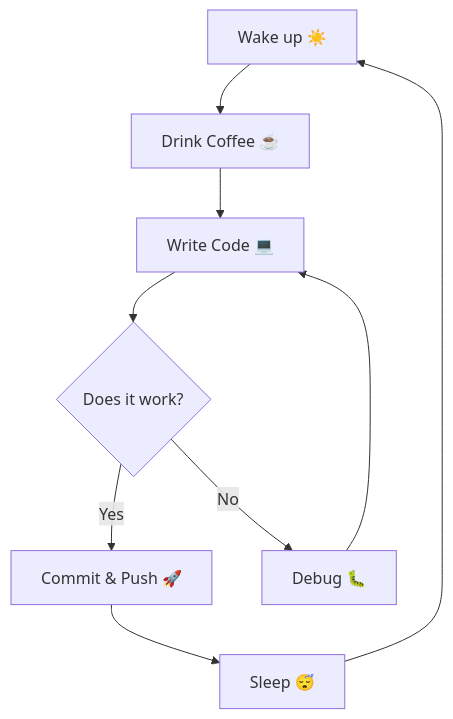
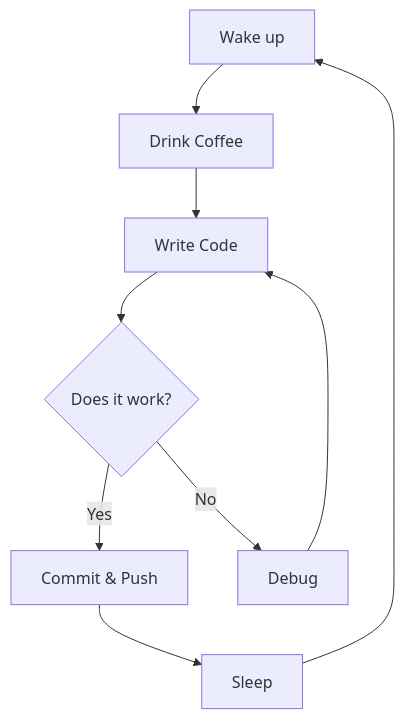
Before and after one commit to Lavialle/Lavialle: the diagram in README.md, drawn with Mermaid.

Commit message:
Fix mermaid syntax in README flowchart

````diff
--- a/README.md
+++ b/README.md
@@ -10,11 +10,11 @@
 ```mermaid
 flowchart TD
-    A[Wake up ☀️] --> B[Drink Coffee ☕]
-    B --> C[Write Code 💻]
+    A[Wake up] --> B[Drink Coffee]
+    B --> C[Write Code]
     C --> D{Does it work?}
-    D -- Yes --> E[Commit & Push 🚀]
-    D -- No --> F[Debug 🐛]
+    D -- Yes --> E[Commit & Push]
+    D -- No --> F[Debug]
     F --> C
-    E --> G[Sleep 😴]
+    E --> G[Sleep]
     G --> A
 ```
````
